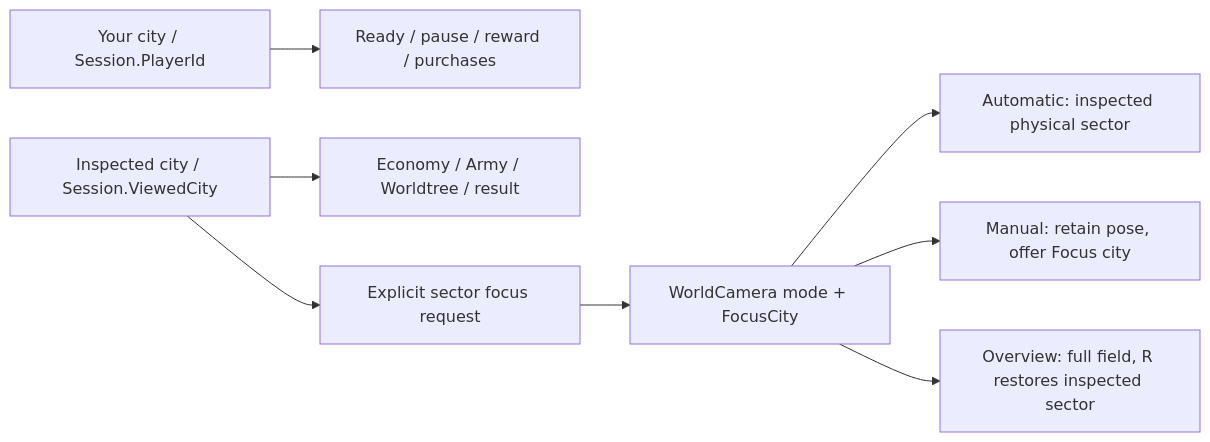
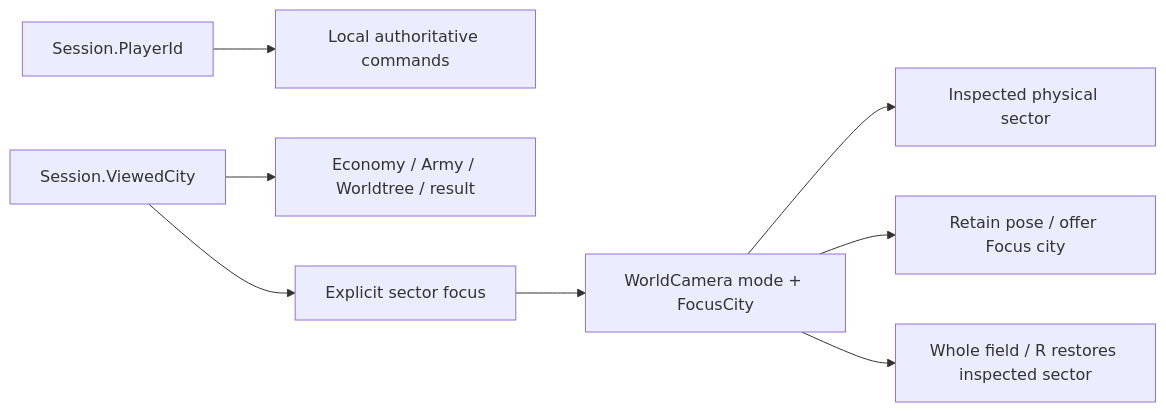
One commit to seraph1nia/common-watch-v2 changed the diagram in docs/refinement-ii/20_COOPERATIVE_CONTEXT.md. Above: the diagram before and after it, drawn with Mermaid. The commit also changed other lines of this file and 7 other files, not shown here.

````diff
--- a/docs/refinement-ii/20_COOPERATIVE_CONTEXT.md
+++ b/docs/refinement-ii/20_COOPERATIVE_CONTEXT.md
@@ -9,10 +10,10 @@
 ```mermaid
 flowchart LR
-    Session[Your city / Session.PlayerId] --> Commands[Ready / pause / reward / purchases]
-    Viewed[Inspected city / Session.ViewedCity] --> Inspection[Economy / Army / Worldtree / result]
-    Viewed --> Intent[Explicit sector focus request]
+    Session[Session.PlayerId] --> Commands[Local authoritative commands]
+    Viewed[Session.ViewedCity] --> Inspection[Economy / Army / Worldtree / result]
+    Viewed --> Intent[Explicit sector focus]
     Intent --> Camera[WorldCamera mode + FocusCity]
-    Camera --> Automatic[Automatic: inspected physical sector]
-    Camera --> Manual[Manual: retain pose, offer Focus city]
-    Camera --> Overview[Overview: full field, R restores inspected sector]
+    Camera --> Automatic[Inspected physical sector]
+    Camera --> Manual[Retain pose / offer Focus city]
+    Camera --> Overview[Whole field / R restores inspected sector]
 ```
````
